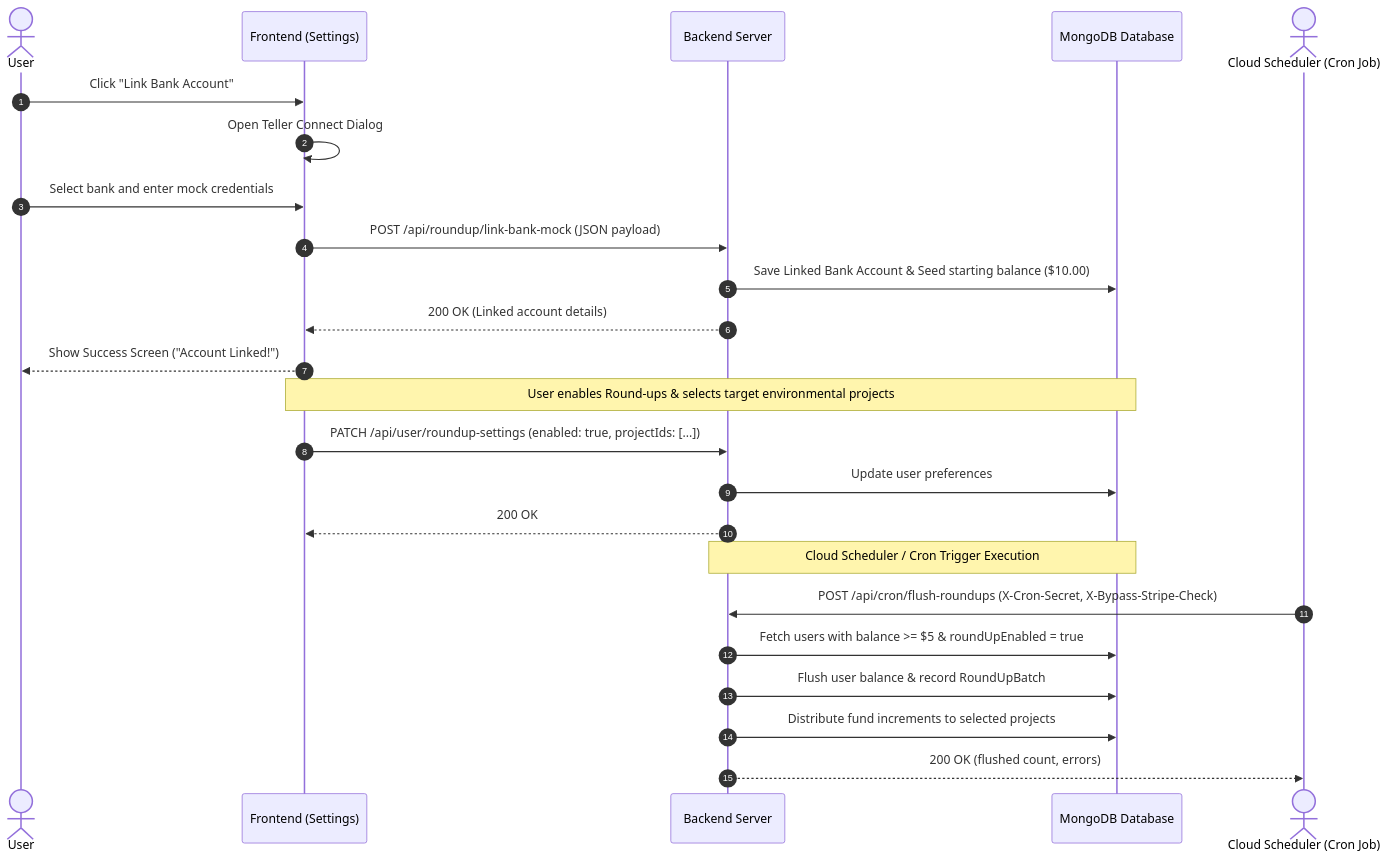
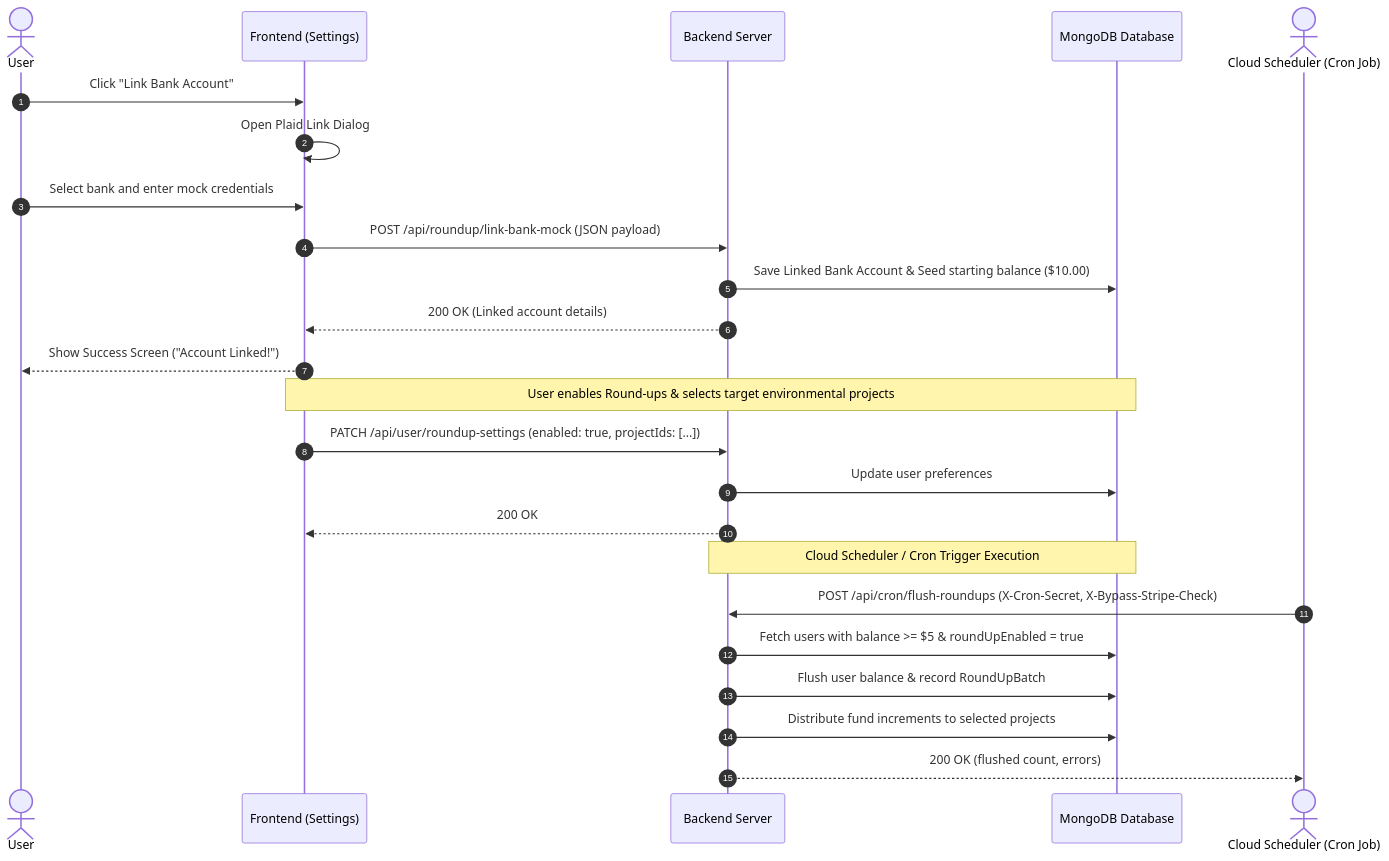
One commit to FlaggIgbo/green-initiatives changed the diagram in server/README.md. Above: the diagram before and after it, drawn with Mermaid. The commit also changed other lines of this file and 45 other files, not shown here.

Commit message:
feat: replace Teller with Plaid, add roadmap stubs, Playwright screenshots/E2E flow, and ADRs

````diff
--- a/server/README.md
+++ b/server/README.md
@@ -41,31 +41,31 @@
 ```mermaid
 sequenceDiagram
     autonumber
     actor User
     participant Client as Frontend (Settings)
     participant Server as Backend Server
     participant DB as MongoDB Database
 
     User->>Client: Click "Link Bank Account"
-    Client->>Client: Open Teller Connect Dialog
+    Client->>Client: Open Plaid Link Dialog
     User->>Client: Select bank and enter mock credentials
     Client->>Server: POST /api/roundup/link-bank-mock (JSON payload)
     Server->>DB: Save Linked Bank Account & Seed starting balance ($10.00)
     Server-->>Client: 200 OK (Linked account details)
     Client-->>User: Show Success Screen ("Account Linked!")
 
     Note over Client, DB: User enables Round-ups & selects target environmental projects
 
     Client->>Server: PATCH /api/user/roundup-settings (enabled: true, projectIds: [...])
     Server->>DB: Update user preferences
     Server-->>Client: 200 OK
 
     Note over Server, DB: Cloud Scheduler / Cron Trigger Execution
 
     actor Cron as Cloud Scheduler (Cron Job)
     Cron->>Server: POST /api/cron/flush-roundups (X-Cron-Secret, X-Bypass-Stripe-Check)
     Server->>DB: Fetch users with balance >= $5 & roundUpEnabled = true
     Server->>DB: Flush user balance & record RoundUpBatch
     Server->>DB: Distribute fund increments to selected projects
     Server-->>Cron: 200 OK (flushed count, errors)
 ```
````
